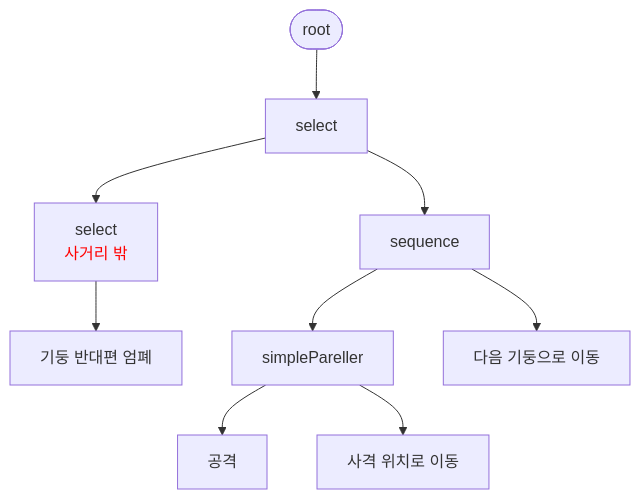
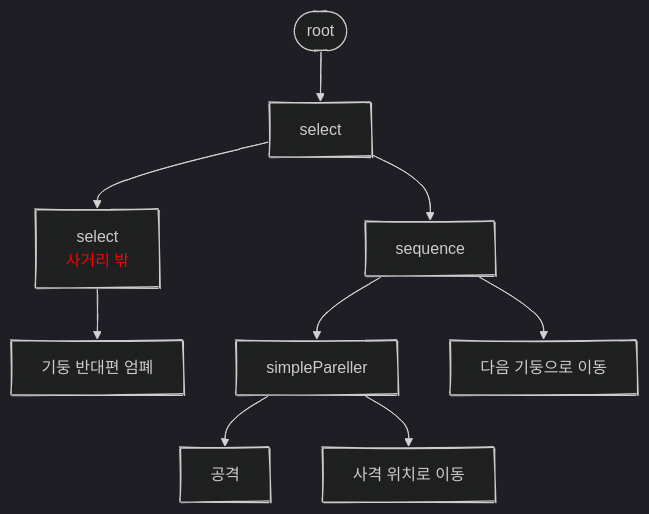
The fourth of 4 diagrams in _posts/game_dev/portfolio/2025-11-25-JAD_EnemyUnit.md (SoftHamzzi/SoftHamzzi.github.io), drawn with Mermaid before and after one commit. The commit also changed other lines of this file and 2 other files, not shown here.

First line of the commit message:
fix: mermaid 사용성 증대

````diff
--- a/_posts/game_dev/portfolio/2025-11-25-JAD_EnemyUnit.md
+++ b/_posts/game_dev/portfolio/2025-11-25-JAD_EnemyUnit.md
@@ -263,13 +265,15 @@
-<div class="mermaid">
+```mermaid
 ---
 config:
   layout: dagre
+  theme: dark
+  look: handDrawn
 ---
 flowchart TB
     root(["root"]) --> sel["select"]
     sel --> outSelect@{ label: "select<br><span style=\"color:red\">사거리 밖</span>" } & seq["sequence"]
     outSelect --> block["기둥 반대편 엄폐"]
     seq --> simpleP["simplePareller"] & moveNext["다음 기둥으로 이동"]
     simpleP --> attack["공격"] & moveToShot["사격 위치로 이동"]
     outSelect@{ shape: rect}
-</div>
+```
````
